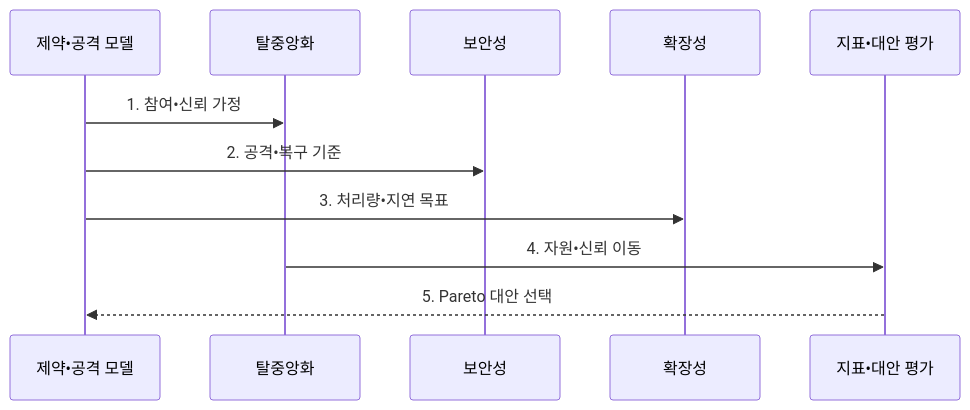
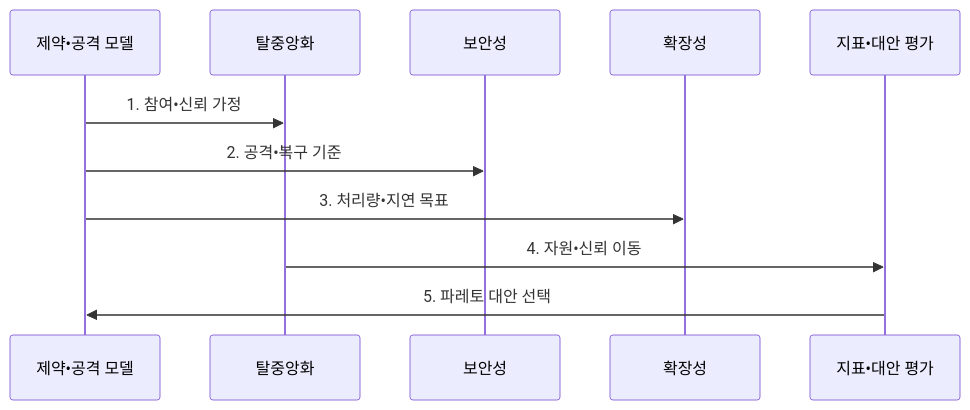
One commit to agnusdei1207/knowledge-base changed the second of 2 diagrams in src/content/docs/notes/08-latest-tech/218_blockchain_trilemma.md. Above: the diagram before and after it, drawn with Mermaid. The commit also changed other lines of this file and 20 other files, not shown here.

````diff
--- a/src/content/docs/notes/08-latest-tech/218_blockchain_trilemma.md
+++ b/src/content/docs/notes/08-latest-tech/218_blockchain_trilemma.md
@@ -97,13 +97,13 @@
 ```mermaid
 sequenceDiagram
   participant M as 제약•공격 모델
   participant D as 탈중앙화
   participant S as 보안성
   participant X as 확장성
   participant E as 지표•대안 평가
   M->>D: 1. 참여•신뢰 가정
   M->>S: 2. 공격•복구 기준
   M->>X: 3. 처리량•지연 목표
   D->>E: 4. 자원•신뢰 이동
-  E-->>M: 5. Pareto 대안 선택
+  E->>M: 5. 파레토 대안 선택
 ```
````
